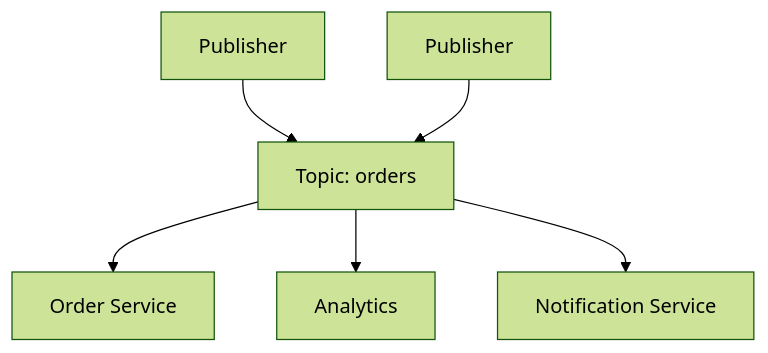
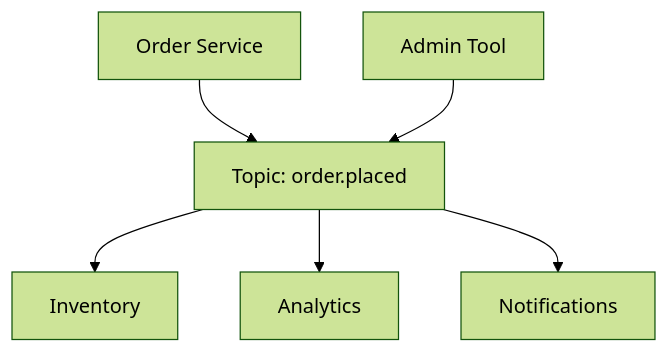
One commit to mohllal/system-design-interview-prep changed the first of 2 diagrams in fundamentals/30-pub-sub.md. Above: the diagram before and after it, drawn with Mermaid (forest theme). The commit also changed other lines of this file and 35 other files, not shown here.

````diff
--- a/fundamentals/30-pub-sub.md
+++ b/fundamentals/30-pub-sub.md
@@ -27,8 +24,8 @@
 ```mermaid
 graph TD
-    P1[Publisher] --> T[Topic: orders]
-    P2[Publisher] --> T
-    T --> S1[Order Service]
+    P1[Order Service] --> T[Topic: order.placed]
+    P2[Admin Tool] --> T
+    T --> S1[Inventory]
     T --> S2[Analytics]
-    T --> S3[Notification Service]
+    T --> S3[Notifications]
 ```
````
